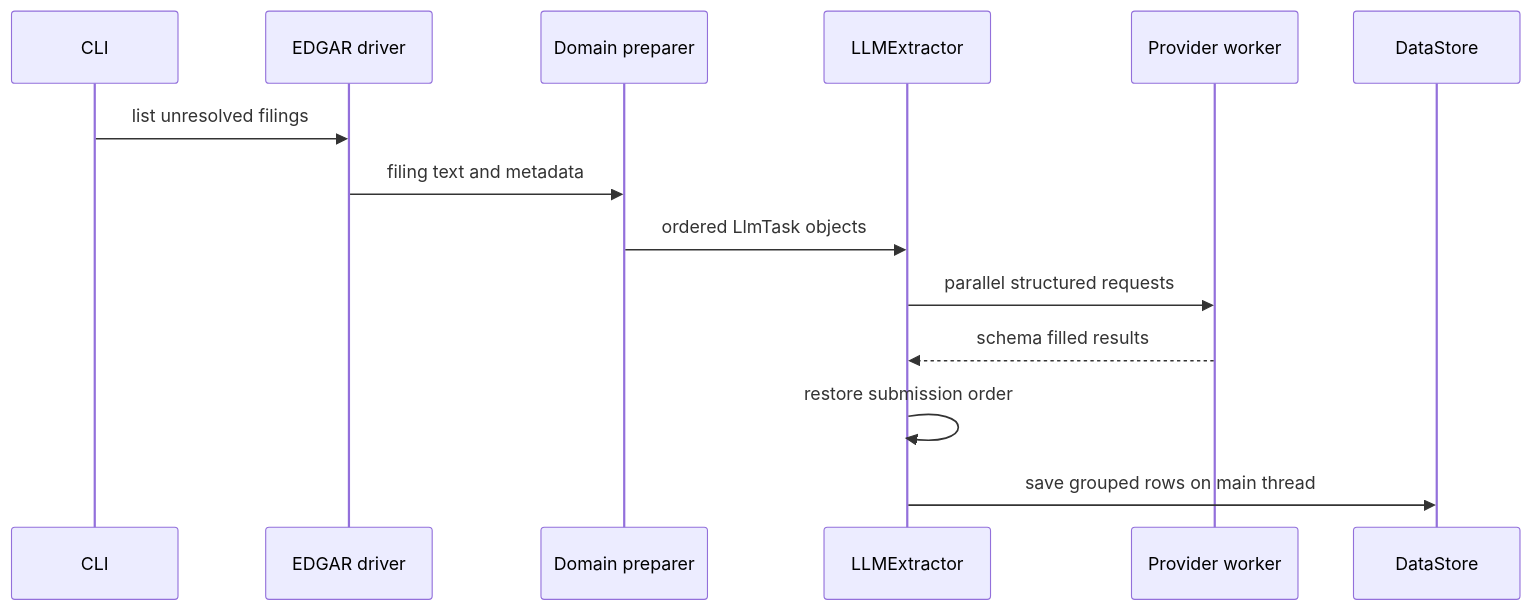
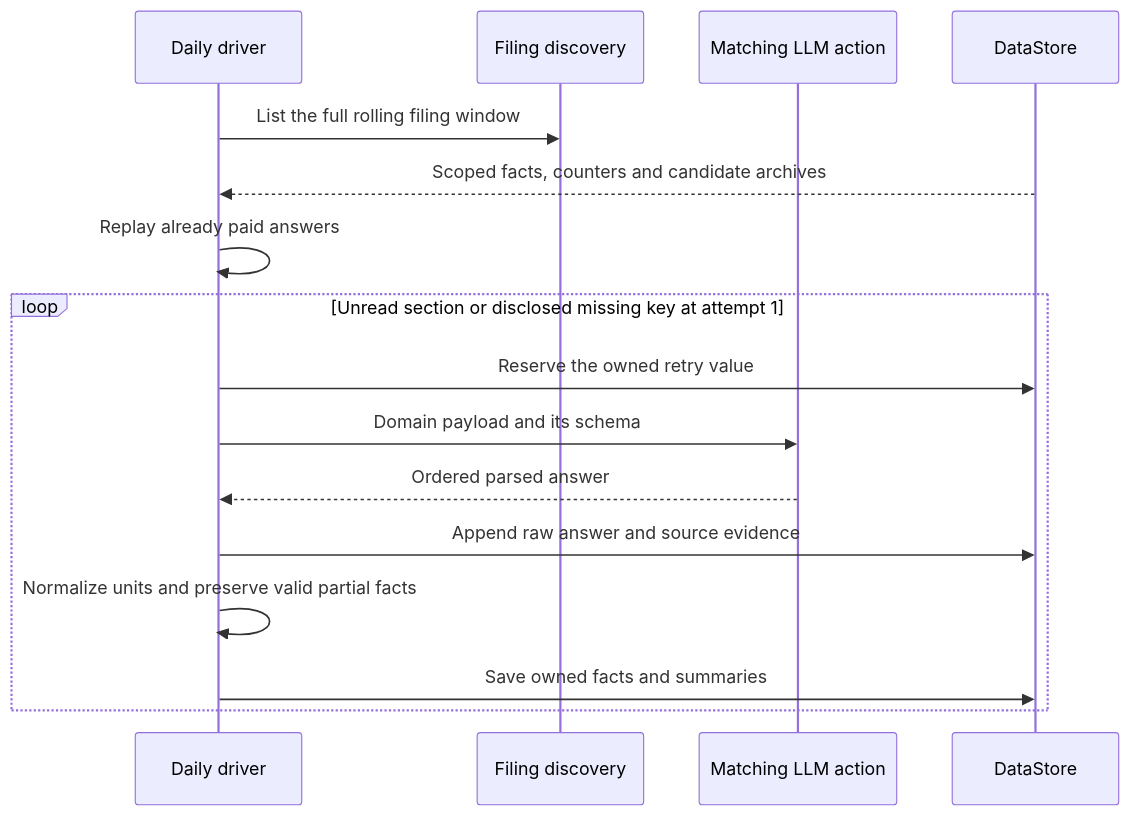
Before and after one commit to alexandredelarrard/PEA: the diagram in wiki/flows/sec-llm-extraction.md, drawn with Mermaid. The commit also changed other lines of this file and 4 other files, not shown here.

```diff
--- a/wiki/flows/sec-llm-extraction.md
+++ b/wiki/flows/sec-llm-extraction.md
@@ -21,16 +29,18 @@
 ~~~mermaid
 sequenceDiagram
-  participant CLI
-  participant Edgar as EDGAR driver
-  participant Text as Domain preparer
-  participant LLM as LLMExtractor
-  participant Worker as Provider worker
+  participant Daily as Daily driver
+  participant SEC as Filing discovery
+  participant LLM as Matching LLM action
   participant Store as DataStore
-  CLI->>Edgar: list unresolved filings
-  Edgar->>Text: filing text and metadata
-  Text->>LLM: ordered LlmTask objects
-  LLM->>Worker: parallel structured requests
-  Worker-->>LLM: schema filled results
-  LLM->>LLM: restore submission order
-  LLM->>Store: save grouped rows on main thread
+  Daily->>SEC: List the full rolling filing window
+  Store-->>Daily: Scoped facts, counters and candidate archives
+  Daily->>Daily: Replay already paid answers
+  loop Unread section or disclosed missing key at attempt 1
+    Daily->>Store: Reserve the owned retry value
+    Daily->>LLM: Domain payload and its schema
+    LLM-->>Daily: Ordered parsed answer
+    Daily->>Store: Append raw answer and source evidence
+    Daily->>Daily: Normalize units and preserve valid partial facts
+    Daily->>Store: Save owned facts and summaries
+  end
 ~~~
```
